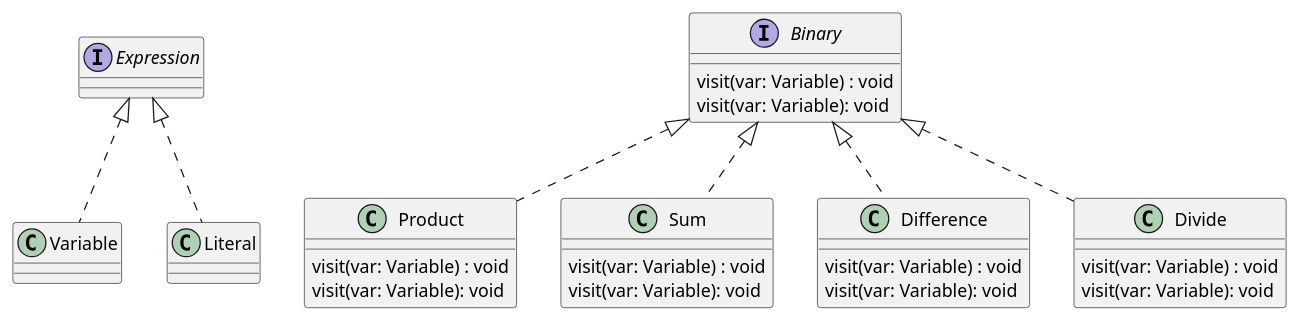
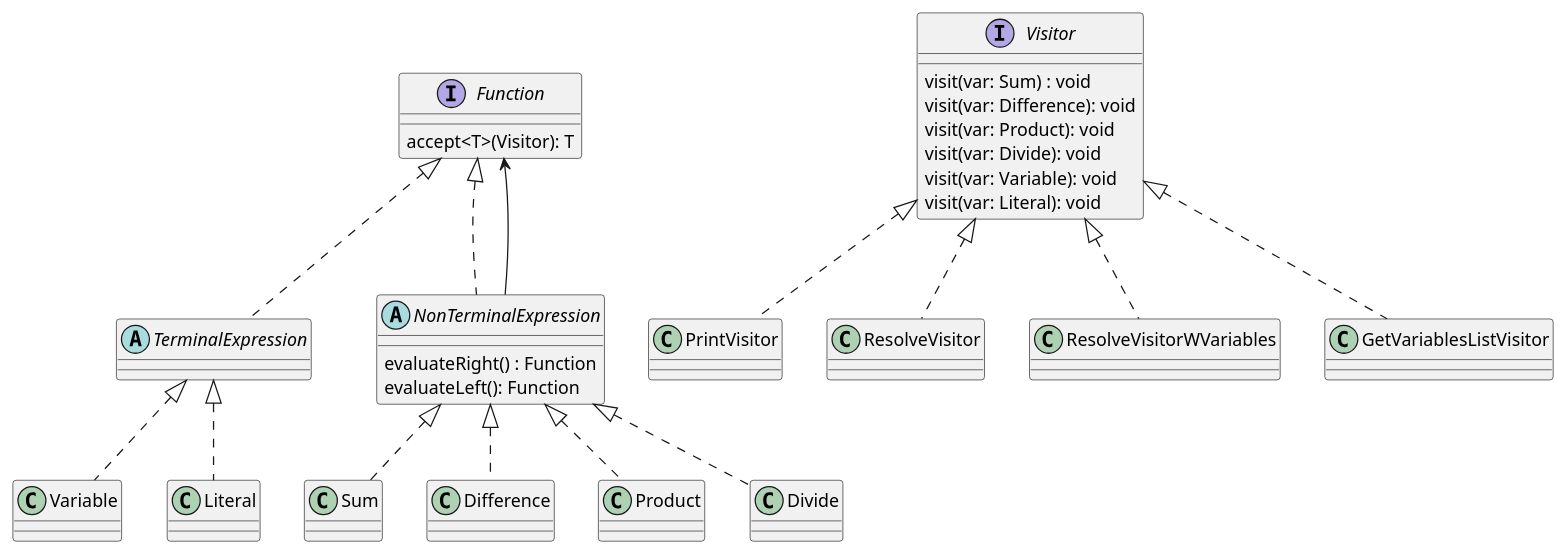
The diagram in diagrams/visitor.puml (constanzalasarte/formula), drawn with PlantUML before and after one commit. The commit also changed 13 other files, not shown here.

```diff
--- a/diagrams/visitor.puml
+++ b/diagrams/visitor.puml
@@ -1,28 +1,35 @@
 @startuml
-interface Expression {
+interface Function {
+    accept<T>(Visitor): T
+}
+abstract class TerminalExpression implements Function {}
+class Variable implements TerminalExpression {}
+class Literal implements TerminalExpression {}
+abstract class NonTerminalExpression implements Function {
+    evaluateRight() : Function
+    evaluateLeft(): Function
+}
+class Sum implements NonTerminalExpression{}
+class Difference implements NonTerminalExpression{}
+class Product implements NonTerminalExpression{}
+class Divide implements NonTerminalExpression{}
 
+interface Visitor {
+    visit(var: Sum) : void
+    visit(var: Difference): void
+    visit(var: Product): void
+    visit(var: Divide): void
+    visit(var: Variable): void
+    visit(var: Literal): void
 }
-class Variable implements Expression {}
-class Literal implements Expression {}
+class PrintVisitor implements Visitor{
+}
+class ResolveVisitor implements Visitor{
+}
+class ResolveVisitorWVariables implements Visitor{
+}
+class GetVariablesListVisitor implements Visitor{
+}
 
-interface Binary {
-    visit(var: Variable) : void
-    visit(var: Variable): void
-}
-class Product implements Binary{
-    visit(var: Variable) : void
-    visit(var: Variable): void
-}
-class Sum implements Binary{
-    visit(var: Variable) : void
-    visit(var: Variable): void
-}
-class Difference implements Binary{
-    visit(var: Variable) : void
-    visit(var: Variable): void
-}
-class Divide implements Binary{
-    visit(var: Variable) : void
-    visit(var: Variable): void
-}
+NonTerminalExpression --> Function
 @enduml
```
